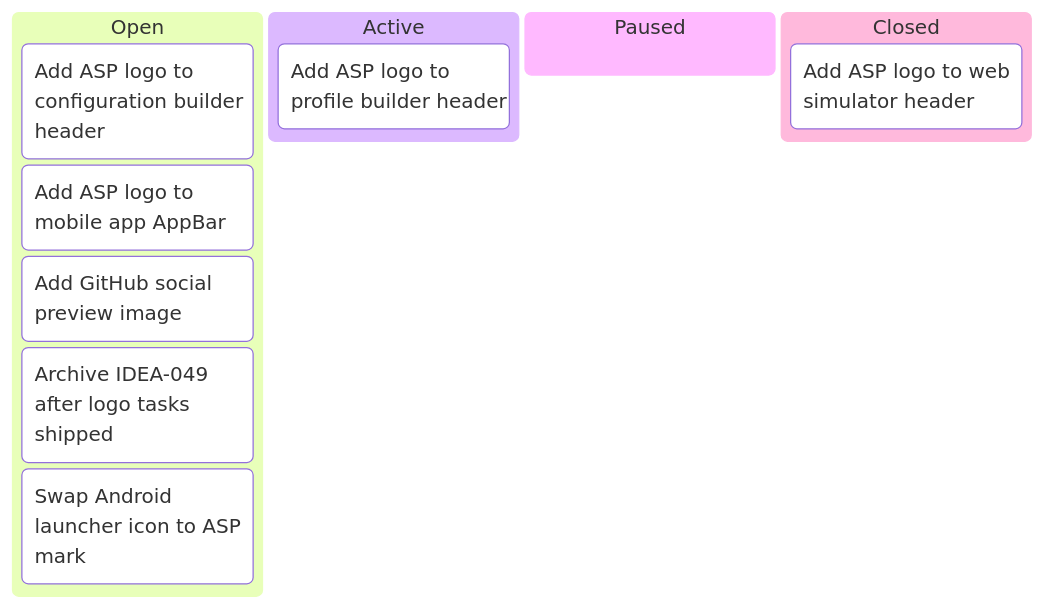
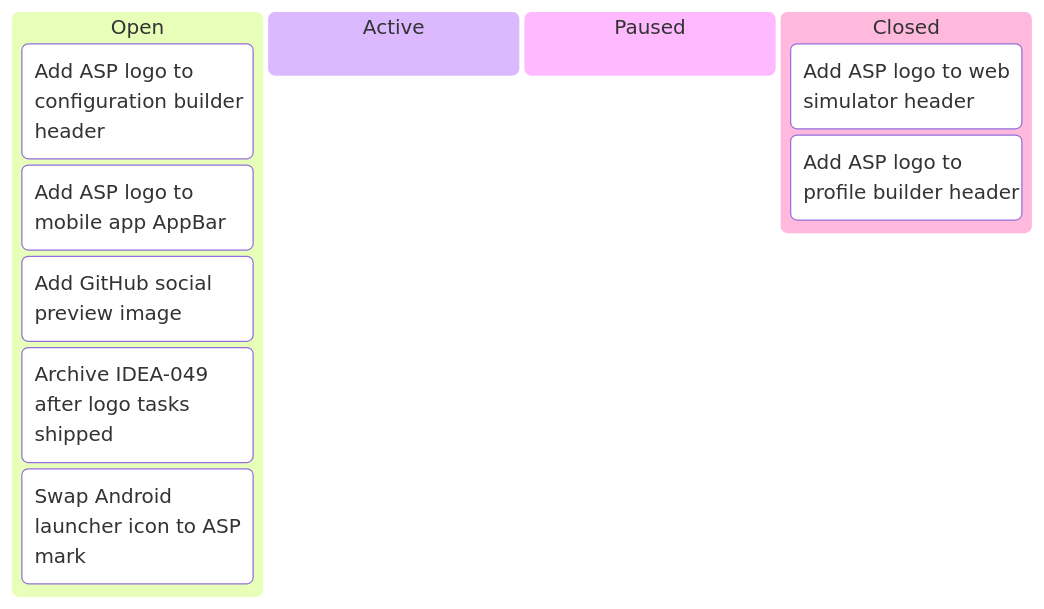
One commit to tgd1975/AwesomeStudioPedal changed the fifth of 7 diagrams in docs/developers/tasks/KANBAN.md. Above: the diagram before and after it, drawn with Mermaid. The commit also changed other lines of this file and 3 other files, not shown here.

Commit message:
close TASK-340: Add ASP logo to profile builder header

````diff
--- a/docs/developers/tasks/KANBAN.md
+++ b/docs/developers/tasks/KANBAN.md
@@ -80,14 +80,14 @@
 ```mermaid
 kanban
   Open
     TASK_341["Add ASP logo to configuration builder header"]
     TASK_342["Add ASP logo to mobile app AppBar"]
     TASK_343["Add GitHub social preview image"]
     TASK_344["Archive IDEA-049 after logo tasks shipped"]
     TASK_345["Swap Android launcher icon to ASP mark"]
   Active
-    TASK_340["Add ASP logo to profile builder header"]
   Paused
   Closed
     TASK_339["Add ASP logo to web simulator header"]
+    TASK_340["Add ASP logo to profile builder header"]
 ```
````
